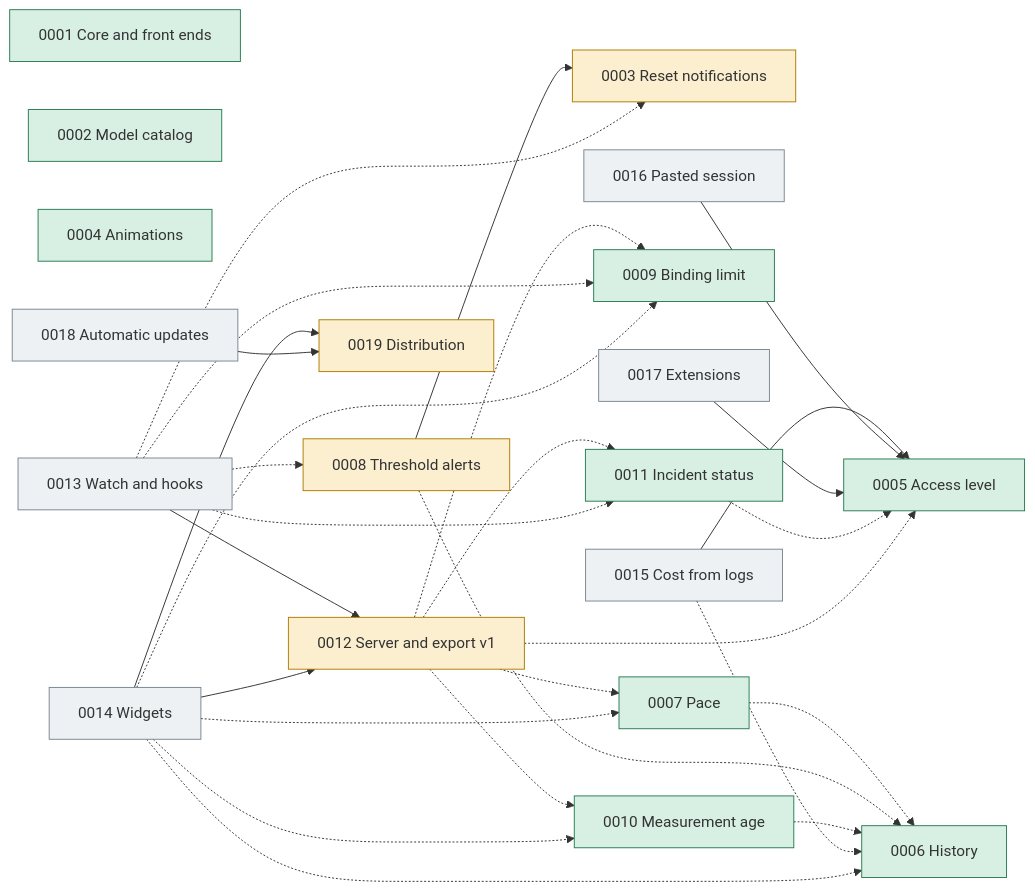
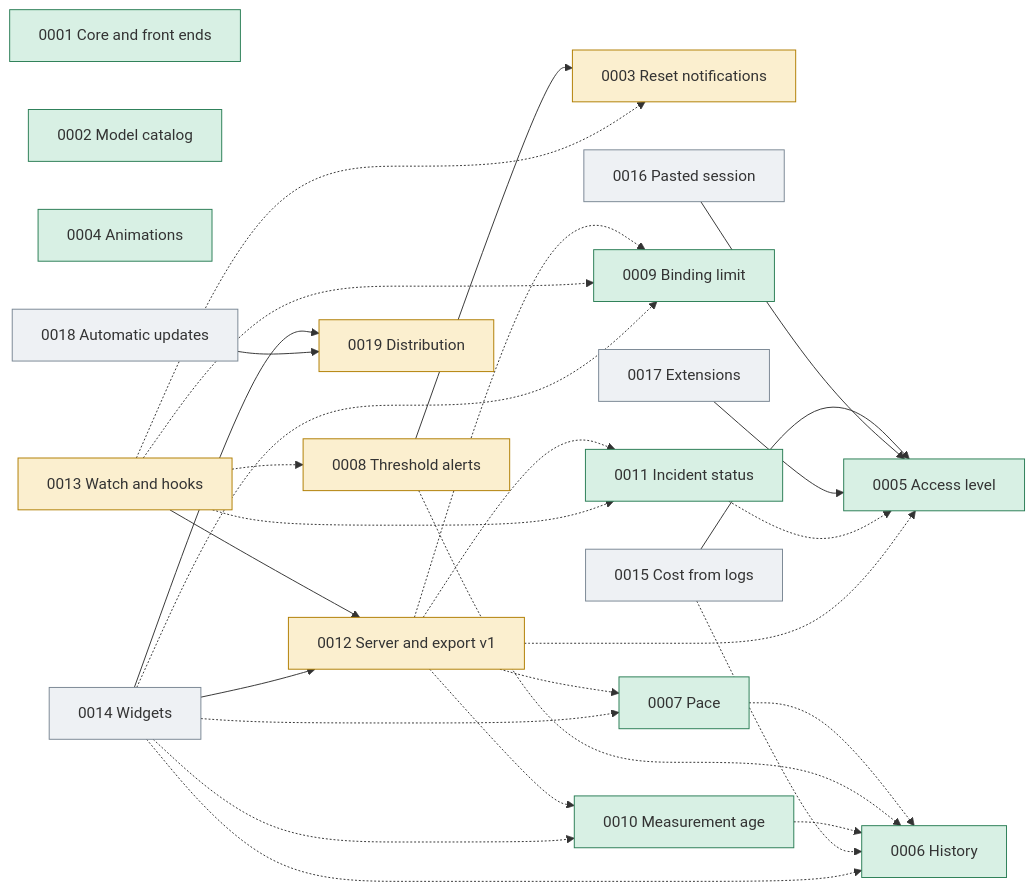
The diagram in docs/plans/0000_control.md (jmarcon/cuotai), drawn with Mermaid before and after one commit. The commit also changed other lines of this file and 18 other files, not shown here.

````diff
--- a/docs/plans/0000_control.md
+++ b/docs/plans/0000_control.md
@@ -105,54 +106,54 @@
 ```mermaid
 graph LR
   classDef done fill:#d8f0e4,stroke:#2a7d55
   classDef wip fill:#fbefcf,stroke:#b07d00
   classDef todo fill:#eef1f4,stroke:#7a8794
 
   P1["0001 Core and front ends"]:::done
   P2["0002 Model catalog"]:::done
   P3["0003 Reset notifications"]:::wip
   P4["0004 Animations"]:::done
   P5["0005 Access level"]:::done
   P6["0006 History"]:::done
   P7["0007 Pace"]:::done
   P8["0008 Threshold alerts"]:::wip
   P9["0009 Binding limit"]:::done
   P10["0010 Measurement age"]:::done
   P11["0011 Incident status"]:::done
   P12["0012 Server and export v1"]:::wip
-  P13["0013 Watch and hooks"]:::todo
+  P13["0013 Watch and hooks"]:::wip
   P14["0014 Widgets"]:::todo
   P15["0015 Cost from logs"]:::todo
   P16["0016 Pasted session"]:::todo
   P17["0017 Extensions"]:::todo
   P18["0018 Automatic updates"]:::todo
   P19["0019 Distribution"]:::wip
 
   P8 --> P3
   P13 --> P12
   P14 --> P12
   P14 --> P19
   P15 --> P5
   P16 --> P5
   P17 --> P5
   P18 --> P19
 
   P7 -.-> P6
   P8 -.-> P6
   P10 -.-> P6
   P11 -.-> P5
   P15 -.-> P6
   P12 -.-> P5
   P12 -.-> P7
   P12 -.-> P9
   P12 -.-> P10
   P12 -.-> P11
   P13 -.-> P3
   P13 -.-> P8
   P13 -.-> P9
   P13 -.-> P11
   P14 -.-> P6
   P14 -.-> P7
   P14 -.-> P9
   P14 -.-> P10
 ```
````
